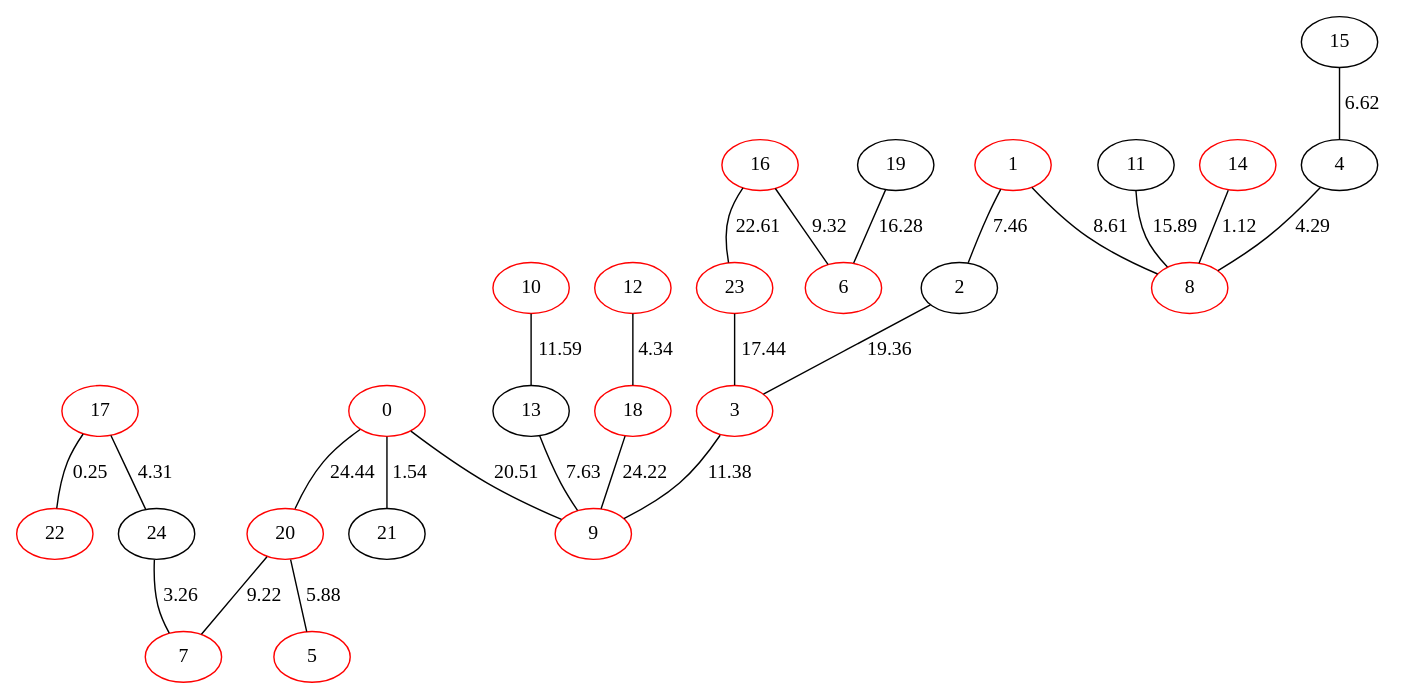
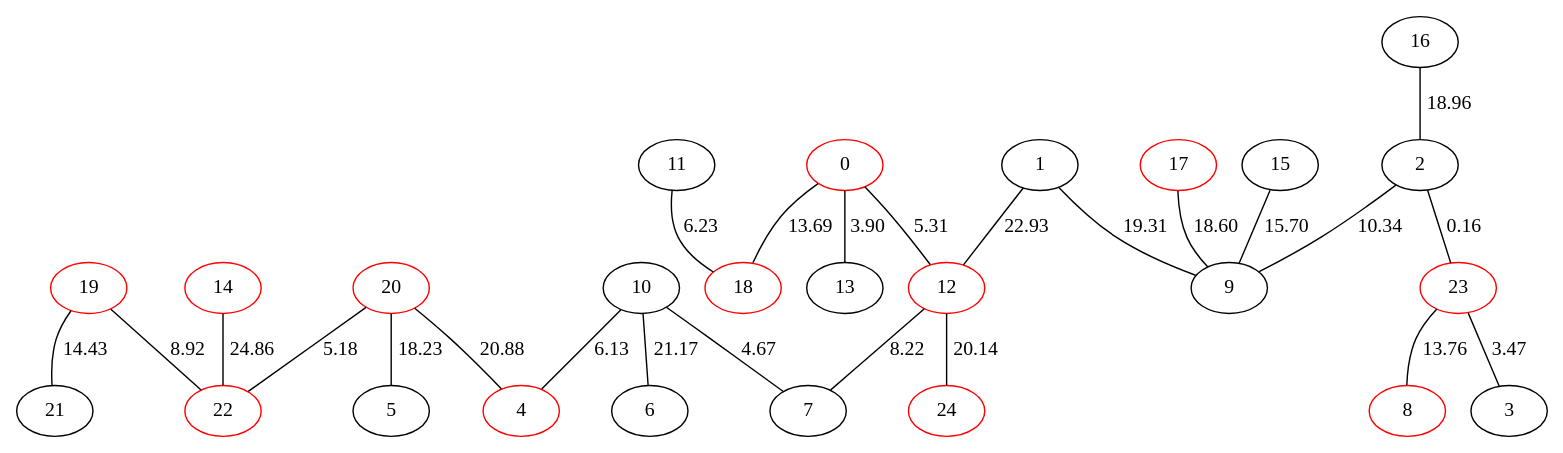
The diagram in example/ConnectedGraph25N.dot (Aura9111/SteinerBA), drawn with Graphviz before and after one commit. The commit also changed 5 other files, not shown here.

```diff
--- a/example/ConnectedGraph25N.dot
+++ b/example/ConnectedGraph25N.dot
@@ -1,51 +1,51 @@
 graph {
 22[color=red]
 23[color=red]
-24[color=black]
-10[color=red]
+24[color=red]
+10[color=black]
 11[color=black]
 12[color=red]
 13[color=black]
 14[color=red]
 15[color=black]
-16[color=red]
+16[color=black]
 17[color=red]
 18[color=red]
-19[color=black]
+19[color=red]
 0[color=red]
-1[color=red]
+1[color=black]
 2[color=black]
-3[color=red]
-4[color=black]
-5[color=red]
-6[color=red]
-7[color=red]
+3[color=black]
+4[color=red]
+5[color=black]
+6[color=black]
+7[color=black]
 8[color=red]
-9[color=red]
+9[color=black]
 20[color=red]
 21[color=black]
-20--5[label=5.88]
-19--6[label=16.28]
-23--3[label=17.44]
-24--7[label=3.26]
-16--23[label=22.61]
-20--7[label=9.22]
-1--8[label=8.61]
-3--9[label=11.38]
-17--24[label=4.31]
-11--8[label=15.89]
-2--3[label=19.36]
-0--21[label=1.54]
-10--13[label=11.59]
-1--2[label=7.46]
-0--20[label=24.44]
-16--6[label=9.32]
-15--4[label=6.62]
-12--18[label=4.34]
-4--8[label=4.29]
-13--9[label=7.63]
-18--9[label=24.22]
-17--22[label=0.25]
-0--9[label=20.51]
-14--8[label=1.12]
+20--5[label=18.23]
+20--4[label=20.88]
+11--18[label=6.23]
+2--23[label=0.16]
+16--2[label=18.96]
+0--12[label=5.31]
+23--3[label=3.47]
+0--13[label=3.90]
+14--22[label=24.86]
+0--18[label=13.69]
+23--8[label=13.76]
+2--9[label=10.34]
+12--24[label=20.14]
+10--7[label=4.67]
+19--21[label=14.43]
+1--12[label=22.93]
+20--22[label=5.18]
+10--4[label=6.13]
+19--22[label=8.92]
+1--9[label=19.31]
+15--9[label=15.70]
+10--6[label=21.17]
+17--9[label=18.60]
+12--7[label=8.22]
 }
```
